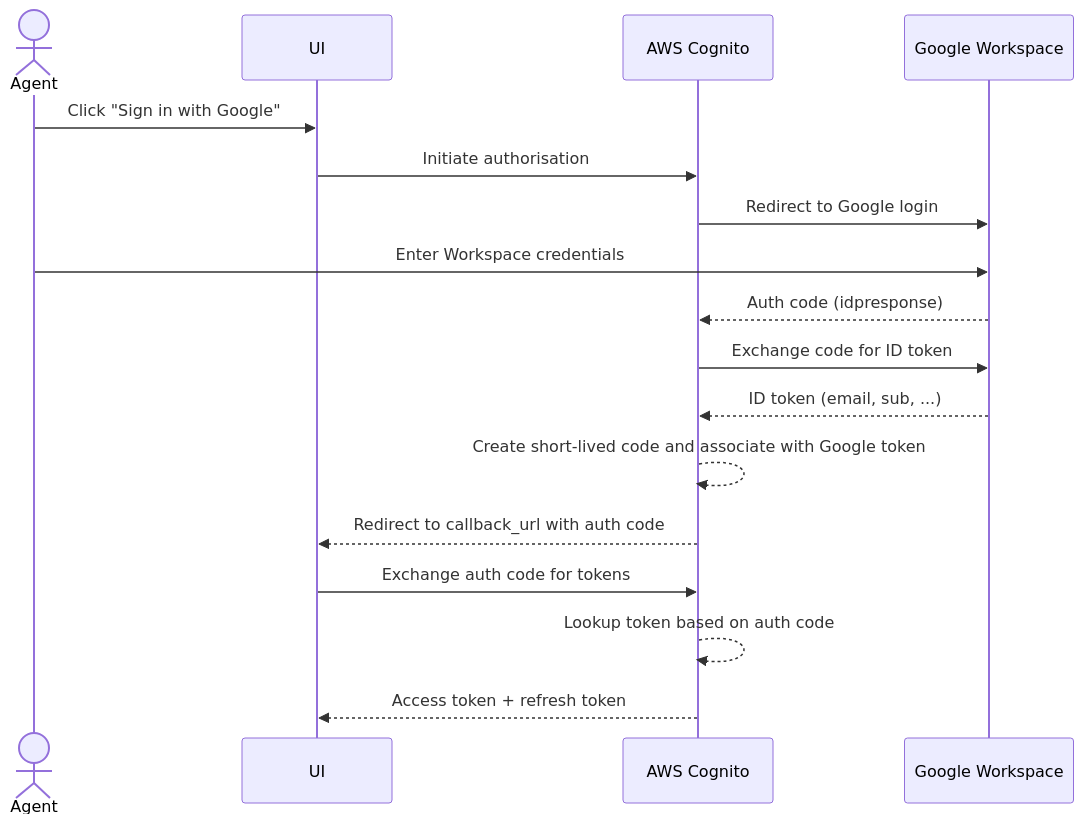
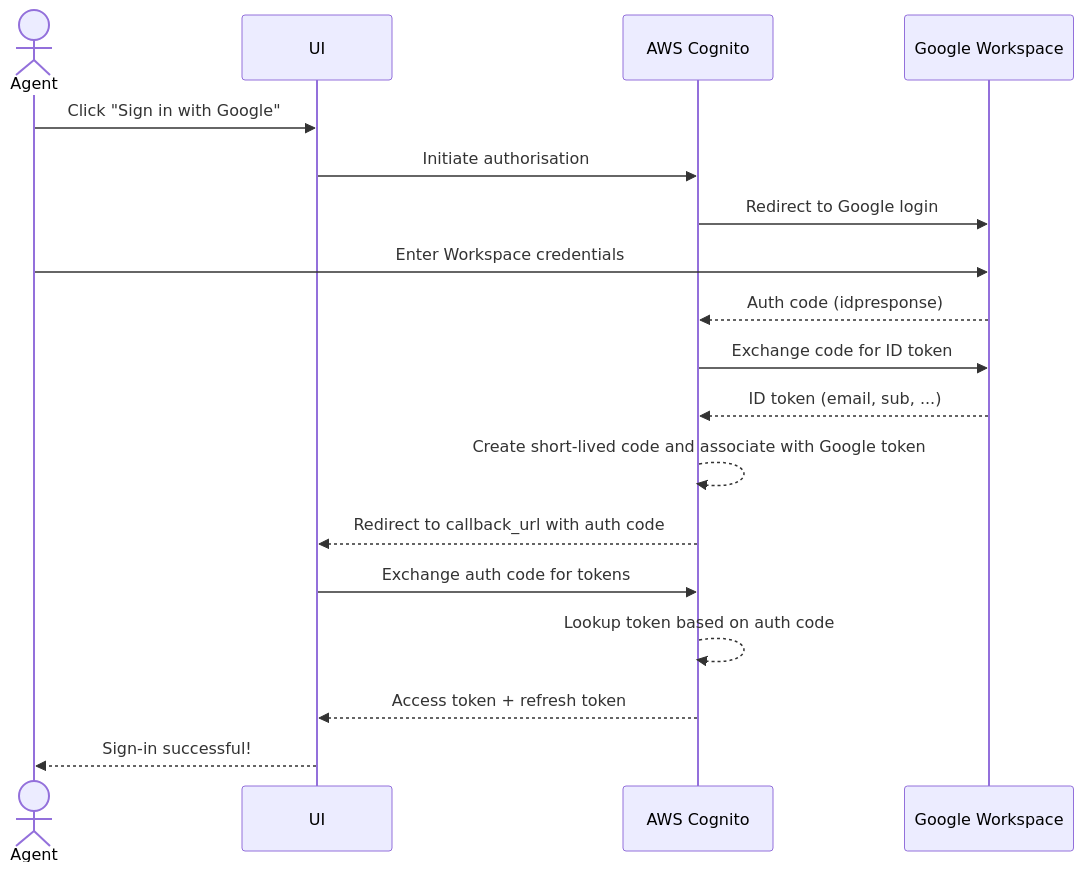
The first of 4 diagrams in README.md (let-correct/agent-service), drawn with Mermaid before and after one commit. The commit also changed other lines of this file and 19 other files, not shown here.

````diff
--- a/README.md
+++ b/README.md
@@ -13,20 +13,21 @@
 ```mermaid
 sequenceDiagram
     actor Agent
     participant UI as UI
     participant Cognito as AWS Cognito
     participant Google as Google Workspace
 
     Agent->>UI: Click "Sign in with Google"
     UI->>Cognito: Initiate authorisation
     Cognito->>Google: Redirect to Google login
     Agent->>Google: Enter Workspace credentials
     Google-->>Cognito: Auth code (idpresponse)
     Cognito->>Google: Exchange code for ID token
     Google-->>Cognito: ID token (email, sub, ...)
     Cognito-->>Cognito: Create short-lived code and associate with Google token
     Cognito-->>UI: Redirect to callback_url with auth code
     UI->>Cognito: Exchange auth code for tokens
     Cognito-->>Cognito: Lookup token based on auth code
     Cognito-->>UI: Access token + refresh token
+    UI-->>Agent: Sign-in successful!
 ```
````
